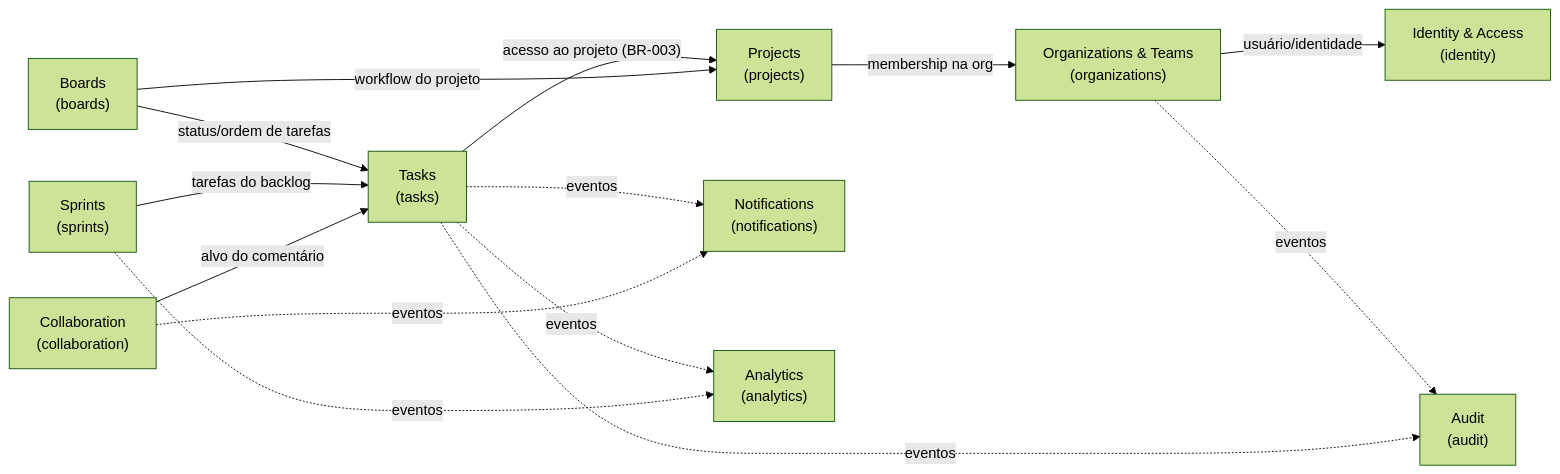
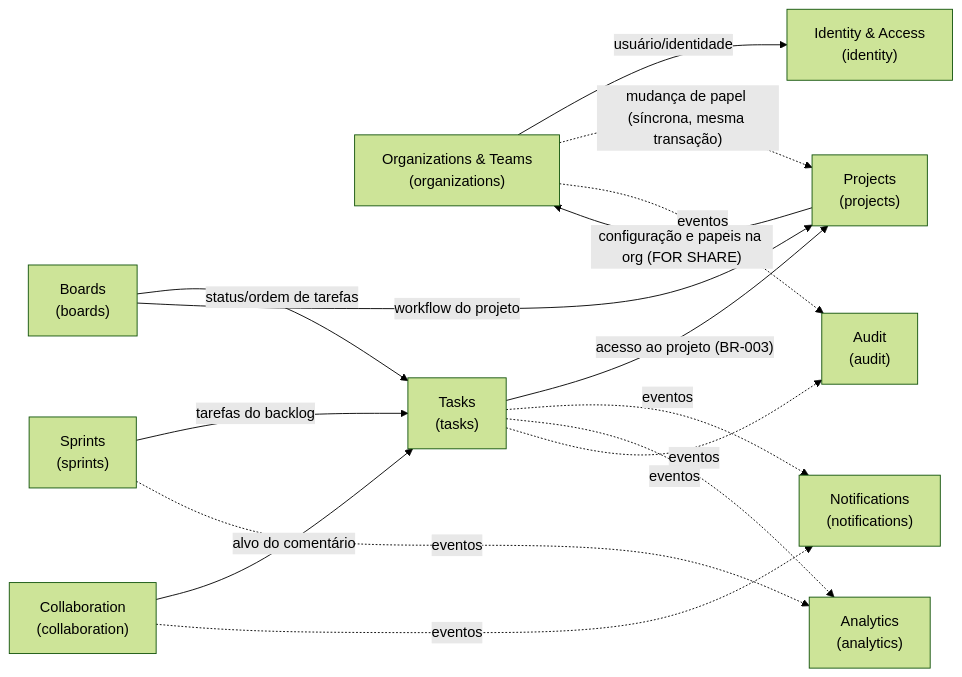
Before and after one commit to gutomelo/taskflow: the diagram in docs/architecture/bounded-contexts.md, drawn with Mermaid (forest theme). The commit also changed other lines of this file and 177 other files, not shown here.

First line of the commit message:
feat: add projects feature with schema, contracts, and integration tests

````diff
--- a/docs/architecture/bounded-contexts.md
+++ b/docs/architecture/bounded-contexts.md
@@ -7,28 +7,29 @@
 ```mermaid
 flowchart LR
     IAM["Identity & Access<br/>(identity)"]
     ORG["Organizations & Teams<br/>(organizations)"]
     PRJ["Projects<br/>(projects)"]
     TSK["Tasks<br/>(tasks)"]
     BRD["Boards<br/>(boards)"]
     SPR["Sprints<br/>(sprints)"]
     COL["Collaboration<br/>(collaboration)"]
     NOT["Notifications<br/>(notifications)"]
     ANA["Analytics<br/>(analytics)"]
     AUD["Audit<br/>(audit)"]
 
     ORG -- "usuário/identidade" --> IAM
-    PRJ -- "membership na org" --> ORG
+    PRJ -- "configuração e papéis na org (FOR SHARE)" --> ORG
+    ORG -. "mudança de papel (síncrona, mesma transação)" .-> PRJ
     TSK -- "acesso ao projeto (BR-003)" --> PRJ
     BRD -- "status/ordem de tarefas" --> TSK
     BRD -- "workflow do projeto" --> PRJ
     SPR -- "tarefas do backlog" --> TSK
     COL -- "alvo do comentário" --> TSK
 
     TSK -. eventos .-> NOT
     COL -. eventos .-> NOT
     TSK -. eventos .-> ANA
     SPR -. eventos .-> ANA
     ORG -. eventos .-> AUD
     TSK -. eventos .-> AUD
 ```
````
